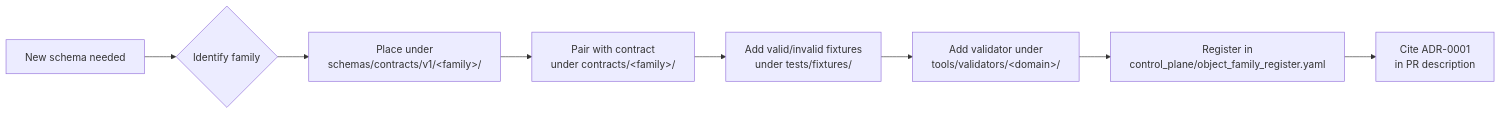
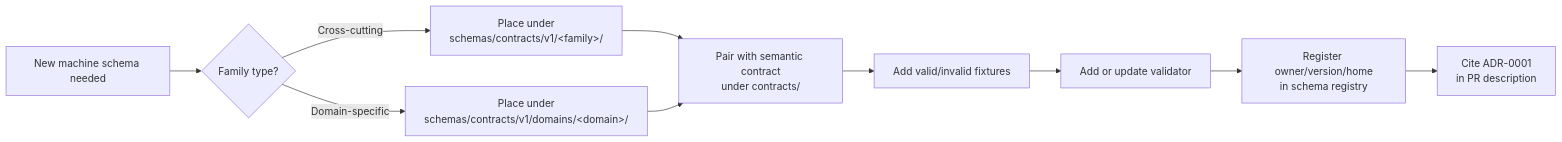
One commit to bartytime4life/Kansas-Frontier-Matrix changed the third of 3 diagrams in docs/adr/ADR-0001-schema-home--schemas-contracts-v1-is-canonical.md. Above: the diagram before and after it, drawn with Mermaid. The commit also changed other lines of this file, not shown here.

````diff
--- a/docs/adr/ADR-0001-schema-home--schemas-contracts-v1-is-canonical.md
+++ b/docs/adr/ADR-0001-schema-home--schemas-contracts-v1-is-canonical.md
@@ -331,10 +383,12 @@
 ```mermaid
 flowchart LR
-    A[New schema needed] --> B{Identify family}
-    B --> C["Place under<br/>schemas/contracts/v1/&lt;family&gt;/"]
-    C --> D["Pair with contract<br/>under contracts/&lt;family&gt;/"]
-    D --> E["Add valid/invalid fixtures<br/>under tests/fixtures/"]
-    E --> F["Add validator under<br/>tools/validators/&lt;domain&gt;/"]
-    F --> G["Register in<br/>control_plane/object_family_register.yaml"]
-    G --> H["Cite ADR-0001<br/>in PR description"]
+    A["New machine schema needed"] --> B{"Family type?"}
+    B -->|Cross-cutting| C["Place under<br/>schemas/contracts/v1/&lt;family&gt;/"]
+    B -->|Domain-specific| D["Place under<br/>schemas/contracts/v1/domains/&lt;domain&gt;/"]
+    C --> E["Pair with semantic contract<br/>under contracts/"]
+    D --> E
+    E --> F["Add valid/invalid fixtures"]
+    F --> G["Add or update validator"]
+    G --> H["Register owner/version/home<br/>in schema registry"]
+    H --> I["Cite ADR-0001<br/>in PR description"]
 ```
````
